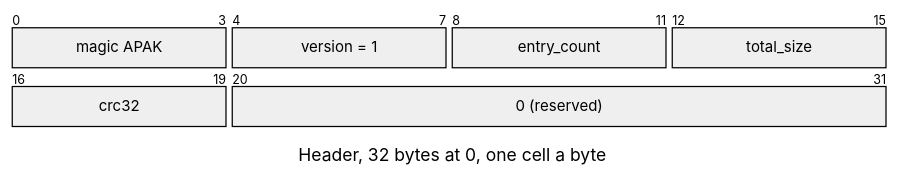
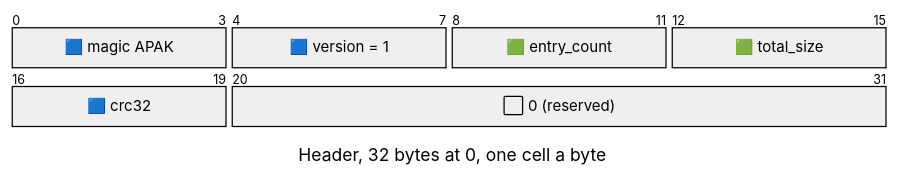
One commit to jose-villegas/autana changed the first of 2 diagrams in docs/assets/formats/APAK.md. Above: the diagram before and after it, drawn with Mermaid. The commit also changed other lines of this file and 14 other files, not shown here.

````diff
--- a/docs/assets/formats/APAK.md
+++ b/docs/assets/formats/APAK.md
@@ -5,16 +5,16 @@
 ```mermaid
 ---
 config:
   packet:
     bitsPerRow: 16
     bitWidth: 44
 ---
 packet-beta
 title Header, 32 bytes at 0, one cell a byte
-0-3: "magic APAK"
-4-7: "version = 1"
-8-11: "entry_count"
-12-15: "total_size"
-16-19: "crc32"
-20-31: "0 (reserved)"
+0-3: "🟦 magic APAK"
+4-7: "🟦 version = 1"
+8-11: "🟩 entry_count"
+12-15: "🟩 total_size"
+16-19: "🟦 crc32"
+20-31: "⬜ 0 (reserved)"
 ```
````
